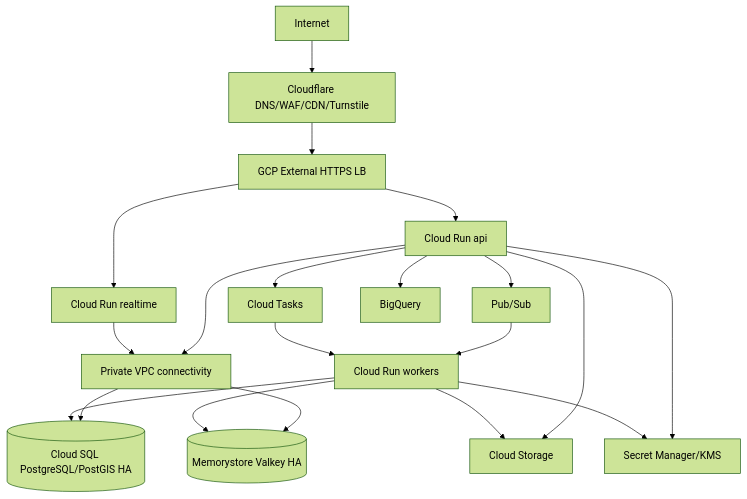
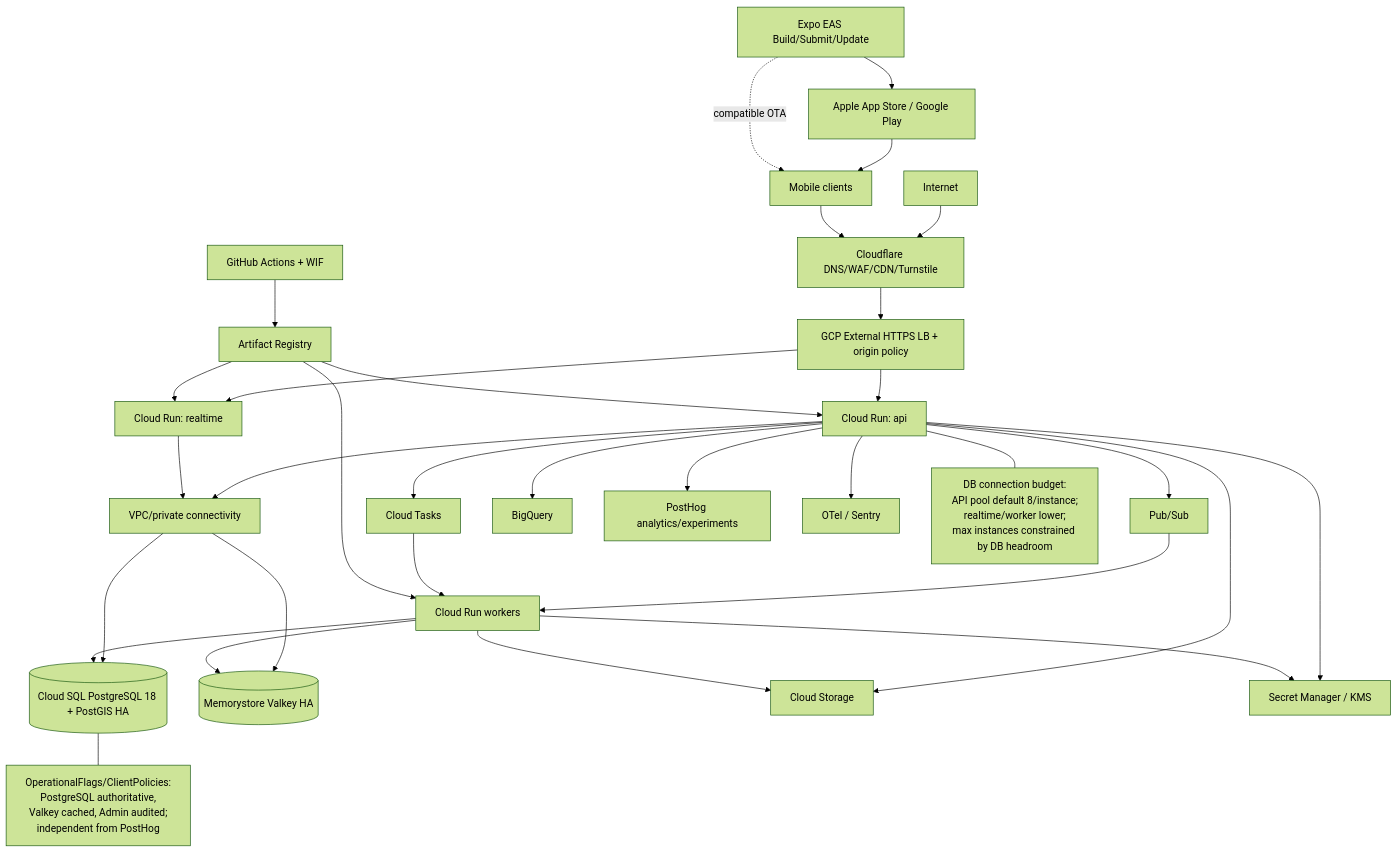
The diagram in schemas/deployment.mmd (StrayForest/meet), drawn with Mermaid (forest theme) before and after one commit. The commit also changed 64 other files, not shown here.

Commit message:
docs: close architecture hardening blockers

```diff
--- a/schemas/deployment.mmd
+++ b/schemas/deployment.mmd
@@ -1,20 +1,36 @@
 flowchart TB
   Internet --> CF[Cloudflare DNS/WAF/CDN/Turnstile]
-  CF --> GLB[GCP External HTTPS LB]
-  GLB --> API[Cloud Run api]
-  GLB --> RT[Cloud Run realtime]
-  API --> VPC[Private VPC connectivity]
+  CF --> GLB[GCP External HTTPS LB + origin policy]
+  GLB --> API[Cloud Run: api]
+  GLB --> RT[Cloud Run: realtime]
+  API --> VPC[VPC/private connectivity]
   RT --> VPC
-  VPC --> SQL[(Cloud SQL PostgreSQL/PostGIS HA)]
+  VPC --> SQL[(Cloud SQL PostgreSQL 18 + PostGIS HA)]
   VPC --> VAL[(Memorystore Valkey HA)]
   API --> PUB[Pub/Sub]
   API --> TASKS[Cloud Tasks]
   PUB --> WORK[Cloud Run workers]
   TASKS --> WORK
   WORK --> SQL
   WORK --> VAL
   API --> GCS[Cloud Storage]
   WORK --> GCS
-  API --> SM[Secret Manager/KMS]
+  API --> SM[Secret Manager / KMS]
   WORK --> SM
   API --> BQ[BigQuery]
+  API --> PH[PostHog analytics/experiments]
+  API --> OBS[OTel / Sentry]
+  GH[GitHub Actions + WIF] --> AR[Artifact Registry]
+  AR --> API
+  AR --> RT
+  AR --> WORK
+  EAS[Expo EAS Build/Submit/Update] --> STORES[Apple App Store / Google Play]
+  STORES --> MOBILE[Mobile clients]
+  EAS -. compatible OTA .-> MOBILE
+  MOBILE --> CF
+
+  Note1[DB connection budget:\nAPI pool default 8/instance;\nrealtime/worker lower;\nmax instances constrained by DB headroom]
+  API --- Note1
+
+  Note2[OperationalFlags/ClientPolicies:\nPostgreSQL authoritative,\nValkey cached, Admin audited;\nindependent from PostHog]
+  SQL --- Note2
```
